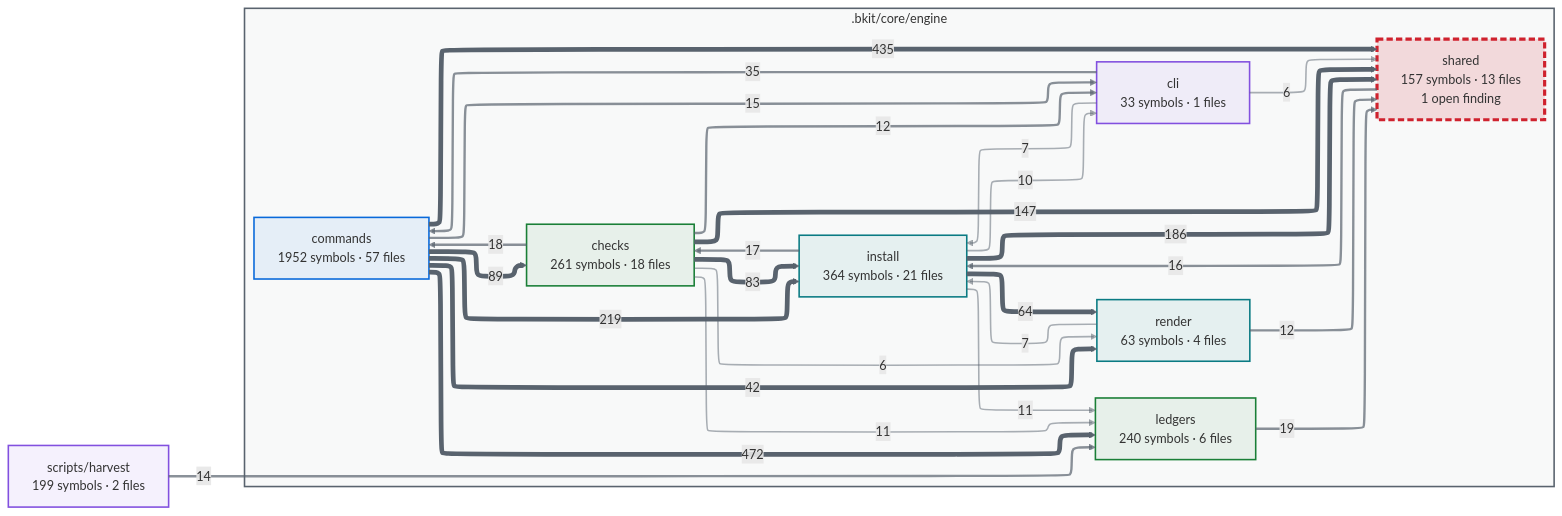
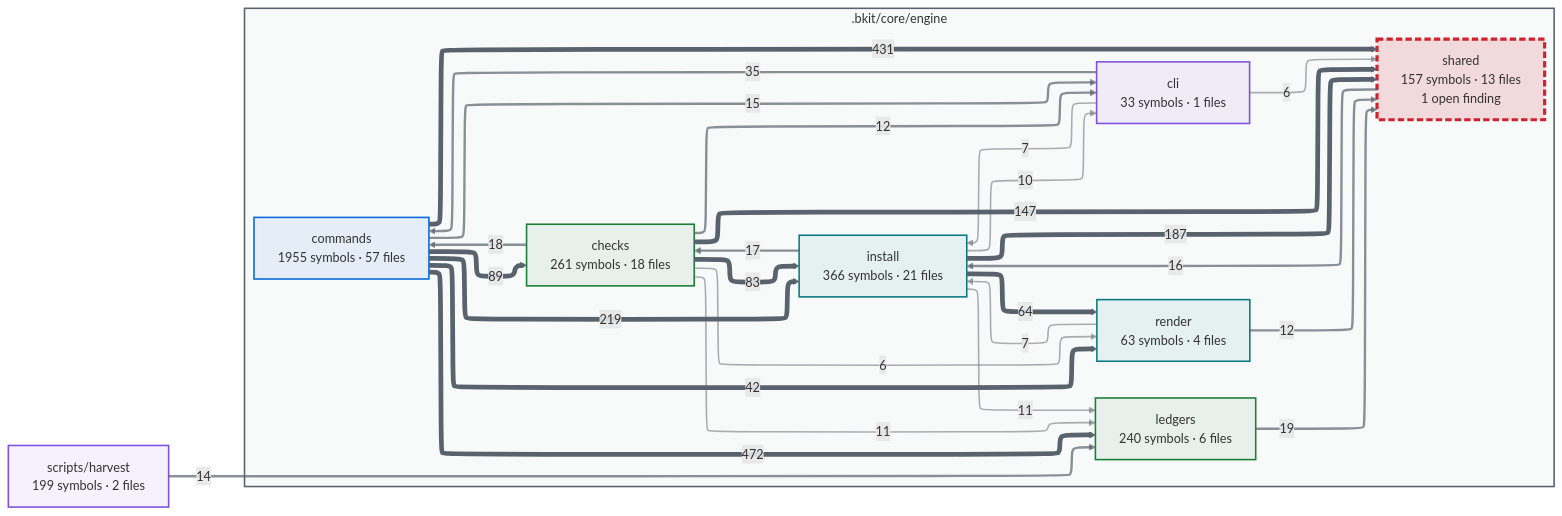
The first of 2 diagrams in docs/capabilities.md (cbartens/bkit), drawn with Mermaid before and after one commit. The commit also changed other lines of this file and 43 other files, not shown here.

````diff
--- a/docs/capabilities.md
+++ b/docs/capabilities.md
@@ -154,80 +154,80 @@
 ```mermaid
 ---
 config:
   layout: elk
   themeCSS: "marker { overflow: visible; } marker path { transform: scale(1.8); transform-origin: 5px 5px; }"
   flowchart:
     useMaxWidth: false
 ---
 flowchart LR
   %% Generated by bkit-graphify-rollup.py — do not edit
   subgraph gn_bkit_core_engine[".bkit/core/engine"]
     n_bkit_core_engine_checks["checks<br/>261 symbols · 18 files"]
     n_bkit_core_engine_cli["cli<br/>33 symbols · 1 files"]
-    n_bkit_core_engine_commands["commands<br/>1952 symbols · 57 files"]
-    n_bkit_core_engine_install["install<br/>364 symbols · 21 files"]
+    n_bkit_core_engine_commands["commands<br/>1955 symbols · 57 files"]
+    n_bkit_core_engine_install["install<br/>366 symbols · 21 files"]
     n_bkit_core_engine_ledgers["ledgers<br/>240 symbols · 6 files"]
     n_bkit_core_engine_render["render<br/>63 symbols · 4 files"]
     n_bkit_core_engine_shared["shared<br/>157 symbols · 13 files<br/>1 open finding"]
   end
   nscripts_harvest["scripts/harvest<br/>199 symbols · 2 files"]
   n_bkit_core_engine_commands -->|472| n_bkit_core_engine_ledgers
-  n_bkit_core_engine_commands -->|435| n_bkit_core_engine_shared
+  n_bkit_core_engine_commands -->|431| n_bkit_core_engine_shared
   n_bkit_core_engine_commands -->|219| n_bkit_core_engine_install
-  n_bkit_core_engine_install -->|186| n_bkit_core_engine_shared
+  n_bkit_core_engine_install -->|187| n_bkit_core_engine_shared
   n_bkit_core_engine_checks -->|147| n_bkit_core_engine_shared
   n_bkit_core_engine_commands -->|89| n_bkit_core_engine_checks
   n_bkit_core_engine_checks -->|83| n_bkit_core_engine_install
   n_bkit_core_engine_install -->|64| n_bkit_core_engine_render
   n_bkit_core_engine_commands -->|42| n_bkit_core_engine_render
   n_bkit_core_engine_cli -->|35| n_bkit_core_engine_commands
   n_bkit_core_engine_ledgers -->|19| n_bkit_core_engine_shared
   n_bkit_core_engine_checks -->|18| n_bkit_core_engine_commands
   n_bkit_core_engine_install -->|17| n_bkit_core_engine_checks
   n_bkit_core_engine_shared -->|16| n_bkit_core_engine_install
   n_bkit_core_engine_commands -->|15| n_bkit_core_engine_cli
   nscripts_harvest -->|14| n_bkit_core_engine_ledgers
   n_bkit_core_engine_checks -->|12| n_bkit_core_engine_cli
   n_bkit_core_engine_render -->|12| n_bkit_core_engine_shared
   n_bkit_core_engine_checks -->|11| n_bkit_core_engine_ledgers
   n_bkit_core_engine_install -->|11| n_bkit_core_engine_ledgers
   n_bkit_core_engine_install -->|10| n_bkit_core_engine_cli
   n_bkit_core_engine_cli -->|7| n_bkit_core_engine_install
   n_bkit_core_engine_render -->|7| n_bkit_core_engine_install
   n_bkit_core_engine_checks -->|6| n_bkit_core_engine_render
   n_bkit_core_engine_cli -->|6| n_bkit_core_engine_shared
   style gn_bkit_core_engine fill:#59636e0a,stroke:#59636e,stroke-width:2px
   style n_bkit_core_engine_checks stroke:#1a7f37,stroke-width:2px,fill:#1a7f3714
   style n_bkit_core_engine_cli stroke:#8250df,stroke-width:2px,fill:#8250df14
   style n_bkit_core_engine_commands stroke:#0969da,stroke-width:2px,fill:#0969da14
   style n_bkit_core_engine_install stroke:#0a7b83,stroke-width:2px,fill:#0a7b8314
   style n_bkit_core_engine_ledgers stroke:#1a7f37,stroke-width:2px,fill:#1a7f3714
   style n_bkit_core_engine_render stroke:#0a7b83,stroke-width:2px,fill:#0a7b8314
   style n_bkit_core_engine_shared stroke:#cf222e,stroke-width:4px,stroke-dasharray:8 4,fill:#cf222e26
   style nscripts_harvest stroke:#8250df,stroke-width:2px,fill:#8250df14
   linkStyle 0 stroke:#59636e,stroke-width:6px
   linkStyle 1 stroke:#59636e,stroke-width:6px
   linkStyle 2 stroke:#59636e,stroke-width:6px
   linkStyle 3 stroke:#59636e,stroke-width:6px
   linkStyle 4 stroke:#59636e,stroke-width:6px
   linkStyle 5 stroke:#59636e,stroke-width:6px
   linkStyle 6 stroke:#59636e,stroke-width:6px
   linkStyle 7 stroke:#59636e,stroke-width:6px
   linkStyle 8 stroke:#59636e,stroke-width:6px
   linkStyle 9 stroke:#59636eb3,stroke-width:3px
   linkStyle 10 stroke:#59636eb3,stroke-width:3px
   linkStyle 11 stroke:#59636eb3,stroke-width:3px
   linkStyle 12 stroke:#59636eb3,stroke-width:3px
   linkStyle 13 stroke:#59636eb3,stroke-width:3px
   linkStyle 14 stroke:#59636eb3,stroke-width:3px
   linkStyle 15 stroke:#59636eb3,stroke-width:3px
   linkStyle 16 stroke:#59636eb3,stroke-width:3px
   linkStyle 17 stroke:#59636eb3,stroke-width:3px
   linkStyle 18 stroke:#59636e80,stroke-width:2px
   linkStyle 19 stroke:#59636e80,stroke-width:2px
   linkStyle 20 stroke:#59636e80,stroke-width:2px
   linkStyle 21 stroke:#59636e80,stroke-width:2px
   linkStyle 22 stroke:#59636e80,stroke-width:2px
   linkStyle 23 stroke:#59636e80,stroke-width:2px
   linkStyle 24 stroke:#59636e80,stroke-width:2px
 ```
````
